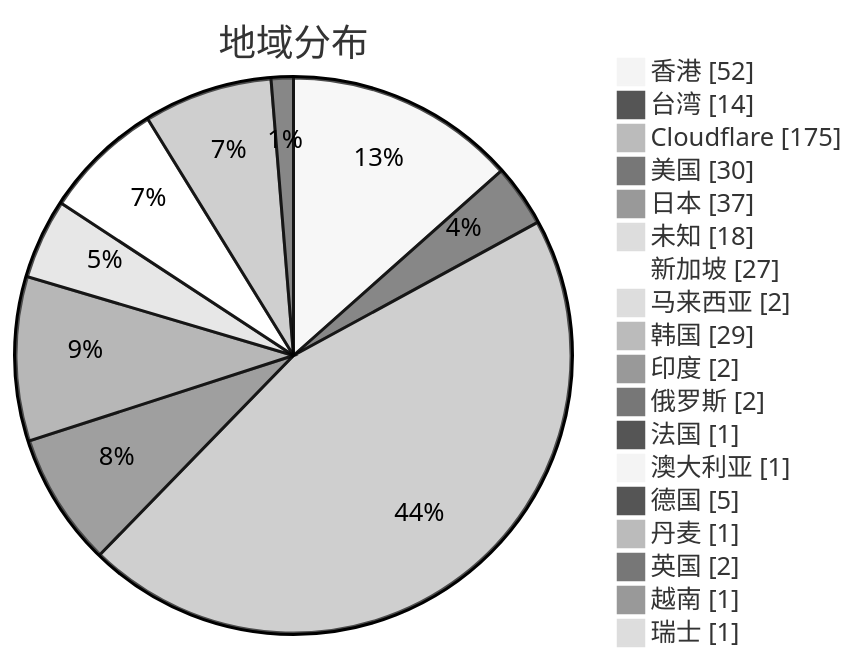
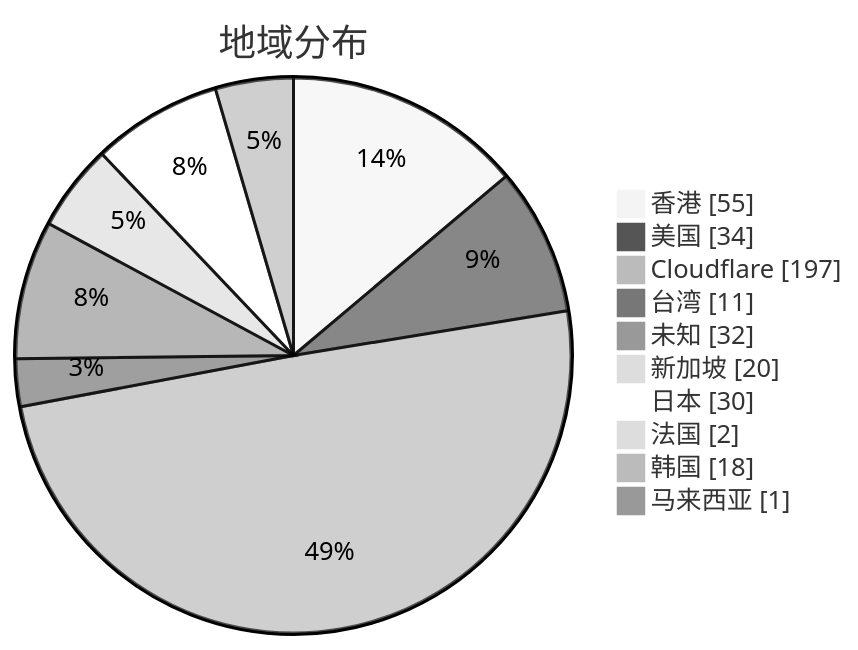
Before and after one commit to qjlxg/airport: the second of 3 diagrams in subs/statistics/tested_within.md, drawn with Mermaid (neutral theme). The commit also changed other lines of this file and 2 other files, not shown here.

Commit message:
Tested by metaST

````diff
--- a/subs/statistics/tested_within.md
+++ b/subs/statistics/tested_within.md
@@ -13,22 +13,14 @@
 ```mermaid
 pie showData
 title 地域分布
-"香港" : 52
-"台湾" : 14
-"Cloudflare" : 175
-"美国" : 30
-"日本" : 37
-"未知" : 18
-"新加坡" : 27
-"马来西亚" : 2
-"韩国" : 29
-"印度" : 2
-"俄罗斯" : 2
-"法国" : 1
-"澳大利亚" : 1
-"德国" : 5
-"丹麦" : 1
-"英国" : 2
-"越南" : 1
-"瑞士" : 1
+"香港" : 55
+"美国" : 34
+"Cloudflare" : 197
+"台湾" : 11
+"未知" : 32
+"新加坡" : 20
+"日本" : 30
+"法国" : 2
+"韩国" : 18
+"马来西亚" : 1
 ```
````
